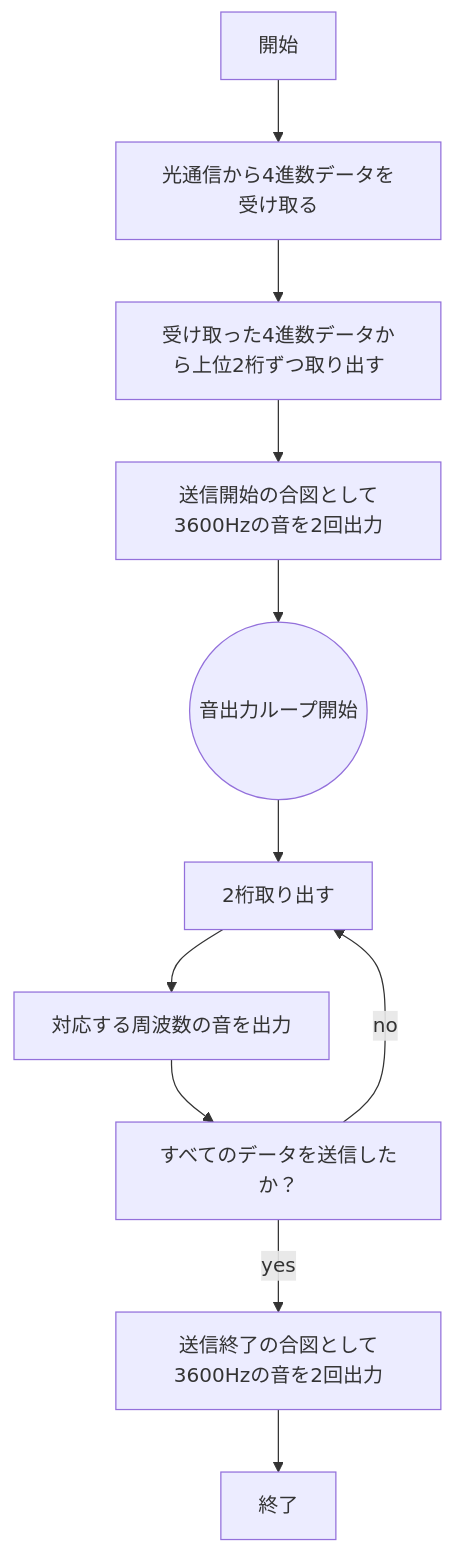
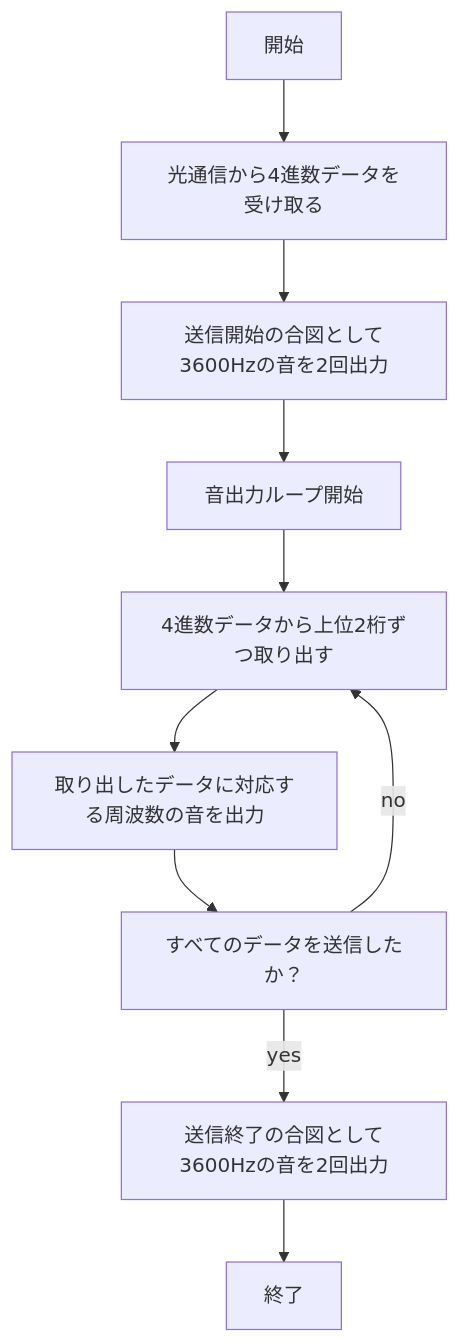
Before and after one commit to kanayuu0404/hakkason: the sixth of 12 diagrams in README.md, drawn with Mermaid. The commit also changed other lines of this file, not shown here.

````diff
--- a/README.md
+++ b/README.md
@@ -138,22 +138,20 @@
 ```mermaid
 flowchart TD;
 
 start["開始"];
 end1["終了"]
 uke["光通信から4進数データを受け取る"]
-hennkann["受け取った4進数データから上位2桁ずつ取り出す"]
 aizu1["送信開始の合図として3600Hzの音を2回出力"]
-loopstart((音出力ループ開始))
-toru["2桁取り出す"]
-syutu["対応する周波数の音を出力"]
+loop["音出力ループ開始"]
+toru["4進数データから上位2桁ずつ取り出す"]
+syutu["取り出したデータに対応する周波数の音を出力"]
 check["すべてのデータを送信したか？"]
 aizu2["送信終了の合図として3600Hzの音を2回出力"]
 
 start --> uke
-uke --> hennkann
-hennkann --> aizu1
-aizu1 --> loopstart
-loopstart --> toru --> syutu --> check
+uke --> aizu1
+aizu1 --> loop
+loop --> toru --> syutu --> check
 check -- no --> toru
 check -- yes --> aizu2 --> end1
 ```
````
